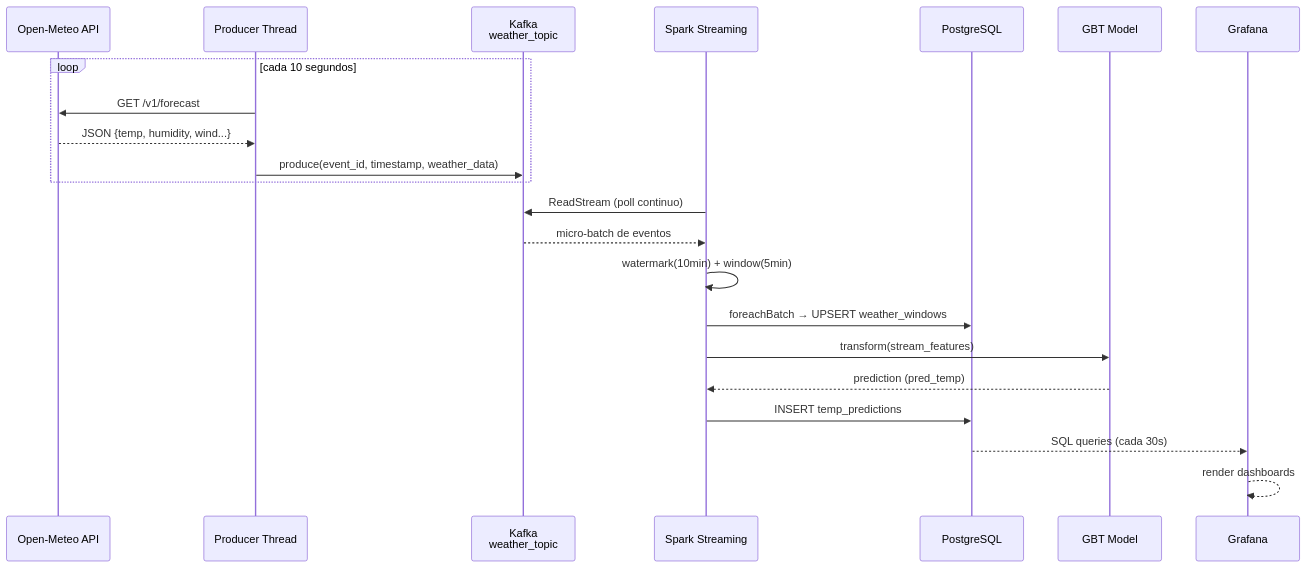
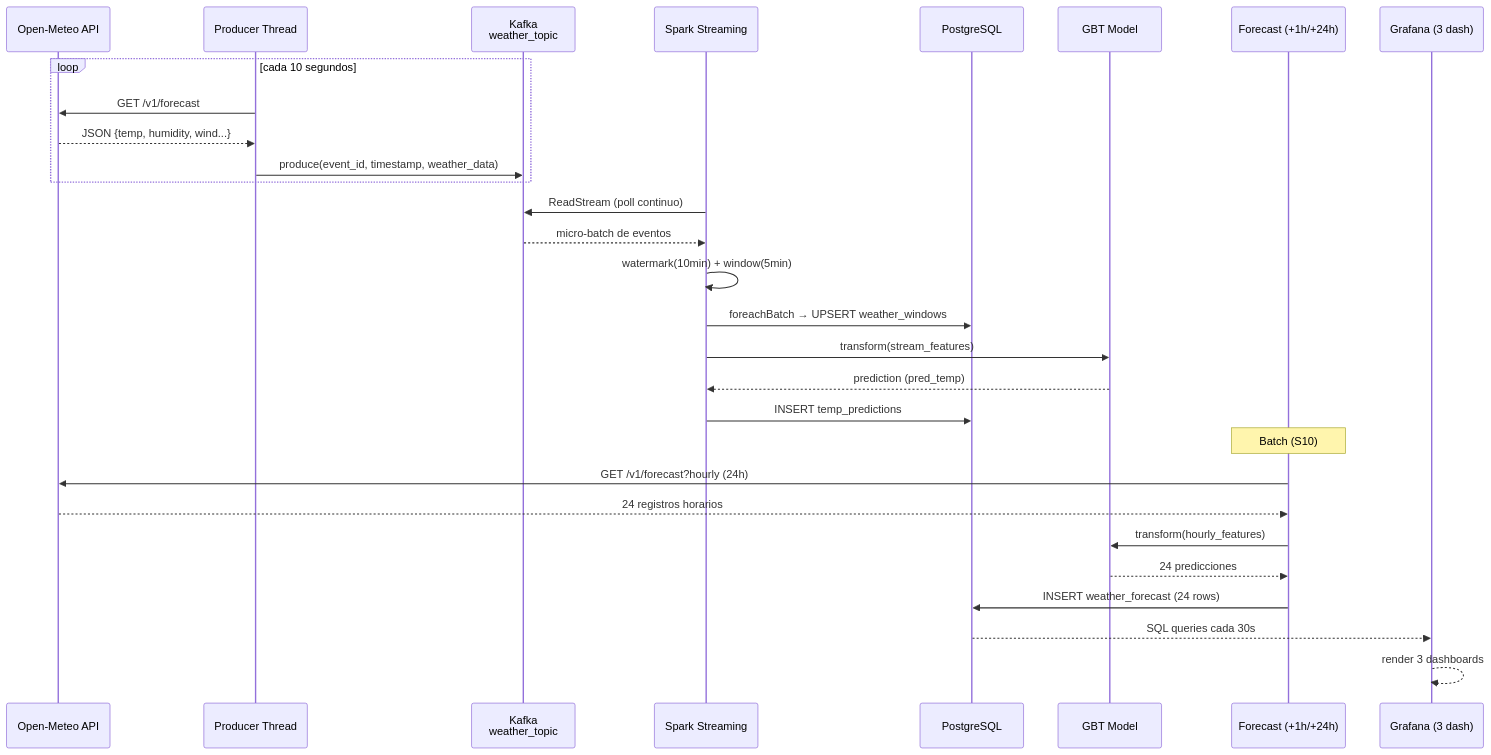
Before and after one commit to TheReeds/big-data-pipelineML: the third of 6 diagrams in docs/arquitectura.md, drawn with Mermaid. The commit also changed other lines of this file and 8 other files, not shown here.

````diff
--- a/docs/arquitectura.md
+++ b/docs/arquitectura.md
@@ -74,28 +112,36 @@
 ```mermaid
 sequenceDiagram
     participant API as Open-Meteo API
     participant PROD as Producer Thread
     participant KAFKA as Kafka<br/>weather_topic
     participant SPARK as Spark Streaming
     participant PG as PostgreSQL
     participant MODEL as GBT Model
-    participant GRAF as Grafana
+    participant FC as Forecast (+1h/+24h)
+    participant GRAF as Grafana (3 dash)
 
     loop cada 10 segundos
         PROD->>API: GET /v1/forecast
         API-->>PROD: JSON {temp, humidity, wind...}
         PROD->>KAFKA: produce(event_id, timestamp, weather_data)
     end
 
     SPARK->>KAFKA: ReadStream (poll continuo)
     KAFKA-->>SPARK: micro-batch de eventos
 
     SPARK->>SPARK: watermark(10min) + window(5min)
     SPARK->>PG: foreachBatch → UPSERT weather_windows
     SPARK->>MODEL: transform(stream_features)
     MODEL-->>SPARK: prediction (pred_temp)
     SPARK->>PG: INSERT temp_predictions
 
-    PG-->>GRAF: SQL queries (cada 30s)
-    GRAF-->>GRAF: render dashboards
+    Note over FC: Batch (S10)
+    FC->>API: GET /v1/forecast?hourly (24h)
+    API-->>FC: 24 registros horarios
+    FC->>MODEL: transform(hourly_features)
+    MODEL-->>FC: 24 predicciones
+    FC->>PG: INSERT weather_forecast (24 rows)
+
+    PG-->>GRAF: SQL queries cada 30s
+    GRAF-->>GRAF: render 3 dashboards
 ```
````
